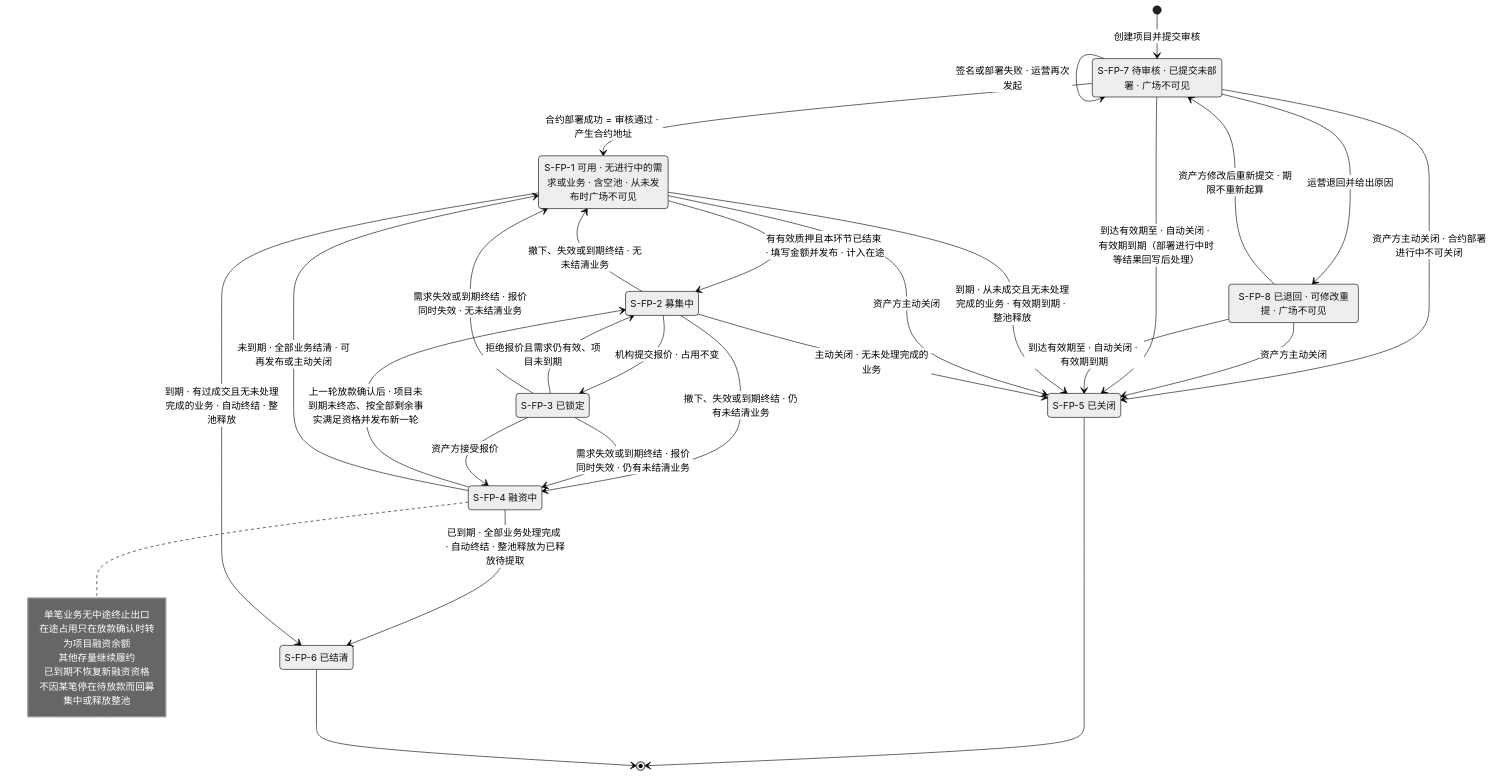
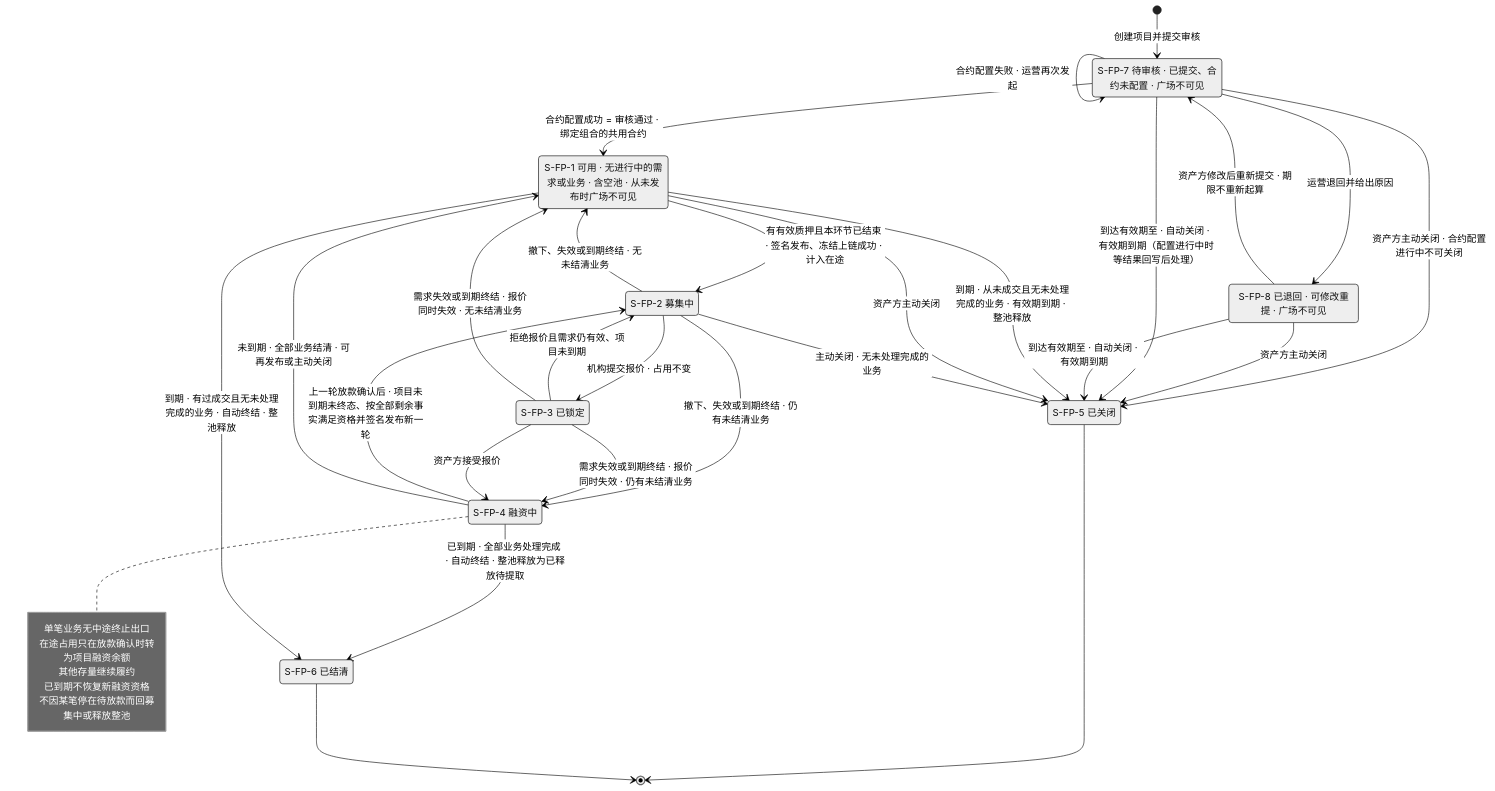
Before and after one commit to wxblockchain/Chain-Financing: the eighth of 10 diagrams in lending-platform/PRD/面客端/05-借贷广场-融资需求与代币质押/02-融资需求与代币质押-流程图与状态机.md, drawn with Mermaid (neutral theme). The commit also changed other lines of this file and 5 other files, not shown here.

````diff
--- a/lending-platform/PRD/面客端/05-借贷广场-融资需求与代币质押/02-融资需求与代币质押-流程图与状态机.md
+++ b/lending-platform/PRD/面客端/05-借贷广场-融资需求与代币质押/02-融资需求与代币质押-流程图与状态机.md
@@ -198,44 +227,44 @@
 ```mermaid
 stateDiagram-v2
-  S_FP_7: S-FP-7 待审核 · 已提交未部署 · 广场不可见
+  S_FP_7: S-FP-7 待审核 · 已提交、合约未配置 · 广场不可见
   S_FP_8: S-FP-8 已退回 · 可修改重提 · 广场不可见
   [*] --> S_FP_7: 创建项目并提交审核
   S_FP_7 --> S_FP_8: 运营退回并给出原因
   S_FP_8 --> S_FP_7: 资产方修改后重新提交 · 期限不重新起算
-  S_FP_7 --> S_FP_7: 签名或部署失败 · 运营再次发起
-  S_FP_7 --> S_FP_1: 合约部署成功 = 审核通过 · 产生合约地址
-  S_FP_7 --> S_FP_5: 资产方主动关闭 · 合约部署进行中不可关闭
+  S_FP_7 --> S_FP_7: 合约配置失败 · 运营再次发起
+  S_FP_7 --> S_FP_1: 合约配置成功 = 审核通过 · 绑定组合的共用合约
+  S_FP_7 --> S_FP_5: 资产方主动关闭 · 合约配置进行中不可关闭
   S_FP_8 --> S_FP_5: 资产方主动关闭
-  S_FP_7 --> S_FP_5: 到达有效期至 · 自动关闭 · 有效期到期（部署进行中时等结果回写后处理）
+  S_FP_7 --> S_FP_5: 到达有效期至 · 自动关闭 · 有效期到期（配置进行中时等结果回写后处理）
   S_FP_8 --> S_FP_5: 到达有效期至 · 自动关闭 · 有效期到期
   S_FP_1: S-FP-1 可用 · 无进行中的需求或业务 · 含空池 · 从未发布时广场不可见
   S_FP_2: S-FP-2 募集中
   S_FP_3: S-FP-3 已锁定
   S_FP_4: S-FP-4 融资中
   S_FP_5: S-FP-5 已关闭
   S_FP_6: S-FP-6 已结清
-  S_FP_1 --> S_FP_2: 有有效质押且本环节已结束 · 填写金额并发布 · 计入在途
+  S_FP_1 --> S_FP_2: 有有效质押且本环节已结束 · 签名发布、冻结上链成功 · 计入在途
   S_FP_2 --> S_FP_1: 撤下、失效或到期终结 · 无未结清业务
   S_FP_2 --> S_FP_4: 撤下、失效或到期终结 · 仍有未结清业务
   S_FP_2 --> S_FP_3: 机构提交报价 · 占用不变
   S_FP_3 --> S_FP_2: 拒绝报价且需求仍有效、项目未到期
   S_FP_3 --> S_FP_1: 需求失效或到期终结 · 报价同时失效 · 无未结清业务
   S_FP_3 --> S_FP_4: 需求失效或到期终结 · 报价同时失效 · 仍有未结清业务
   S_FP_3 --> S_FP_4: 资产方接受报价
-  S_FP_4 --> S_FP_2: 上一轮放款确认后 · 项目未到期未终态、按全部剩余事实满足资格并发布新一轮
+  S_FP_4 --> S_FP_2: 上一轮放款确认后 · 项目未到期未终态、按全部剩余事实满足资格并签名发布新一轮
   S_FP_4 --> S_FP_1: 未到期 · 全部业务结清 · 可再发布或主动关闭
   S_FP_4 --> S_FP_6: 已到期 · 全部业务处理完成 · 自动终结 · 整池释放为已释放待提取
   S_FP_1 --> S_FP_6: 到期 · 有过成交且无未处理完成的业务 · 自动终结 · 整池释放
   S_FP_1 --> S_FP_5: 到期 · 从未成交且无未处理完成的业务 · 有效期到期 · 整池释放
   S_FP_1 --> S_FP_5: 资产方主动关闭
   S_FP_2 --> S_FP_5: 主动关闭 · 无未处理完成的业务
   note right of S_FP_4
     单笔业务无中途终止出口
     在途占用只在放款确认时转为项目融资余额
     其他存量继续履约
     已到期不恢复新融资资格
     不因某笔停在待放款而回募集中或释放整池
   end note
   S_FP_5 --> [*]
   S_FP_6 --> [*]
 ```
````
